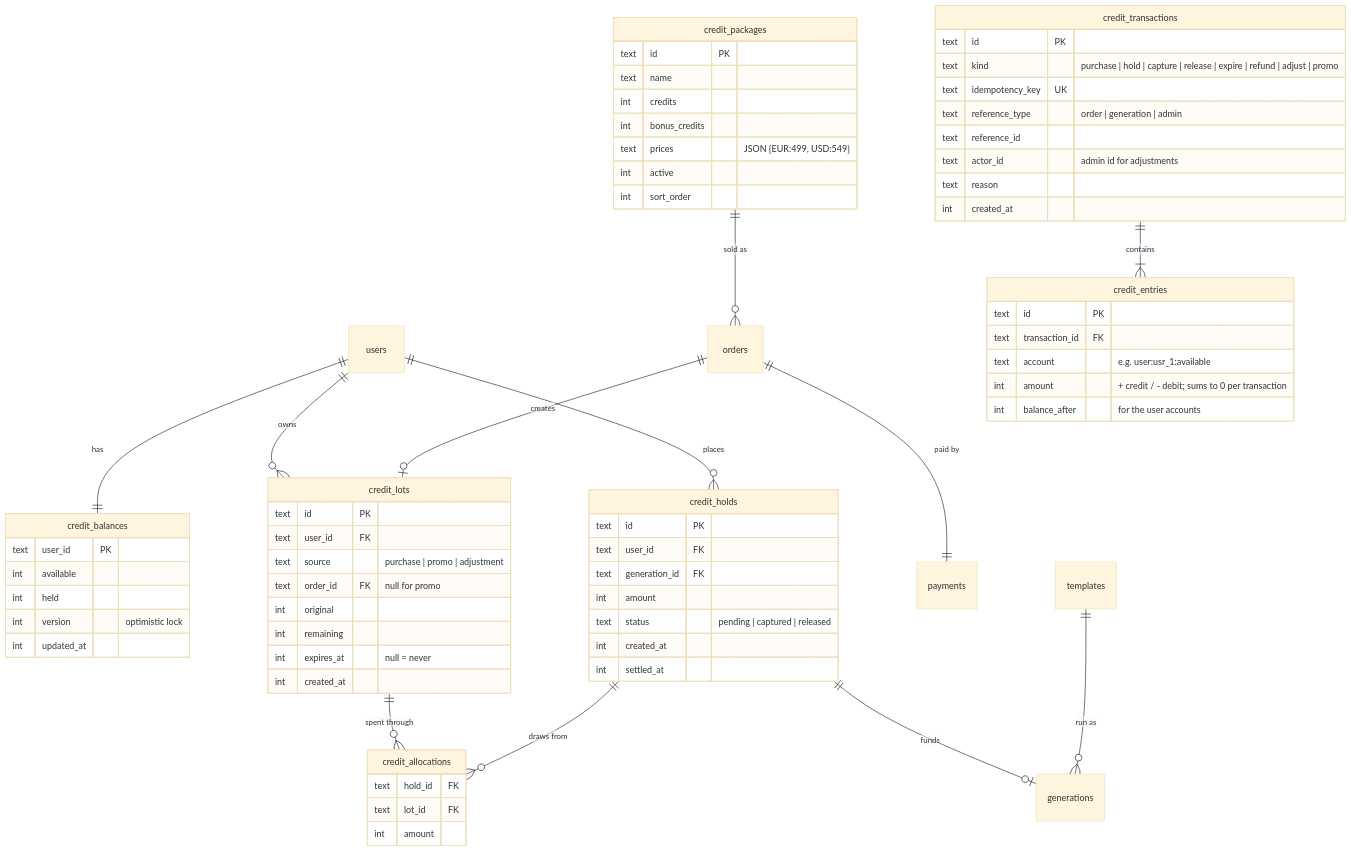
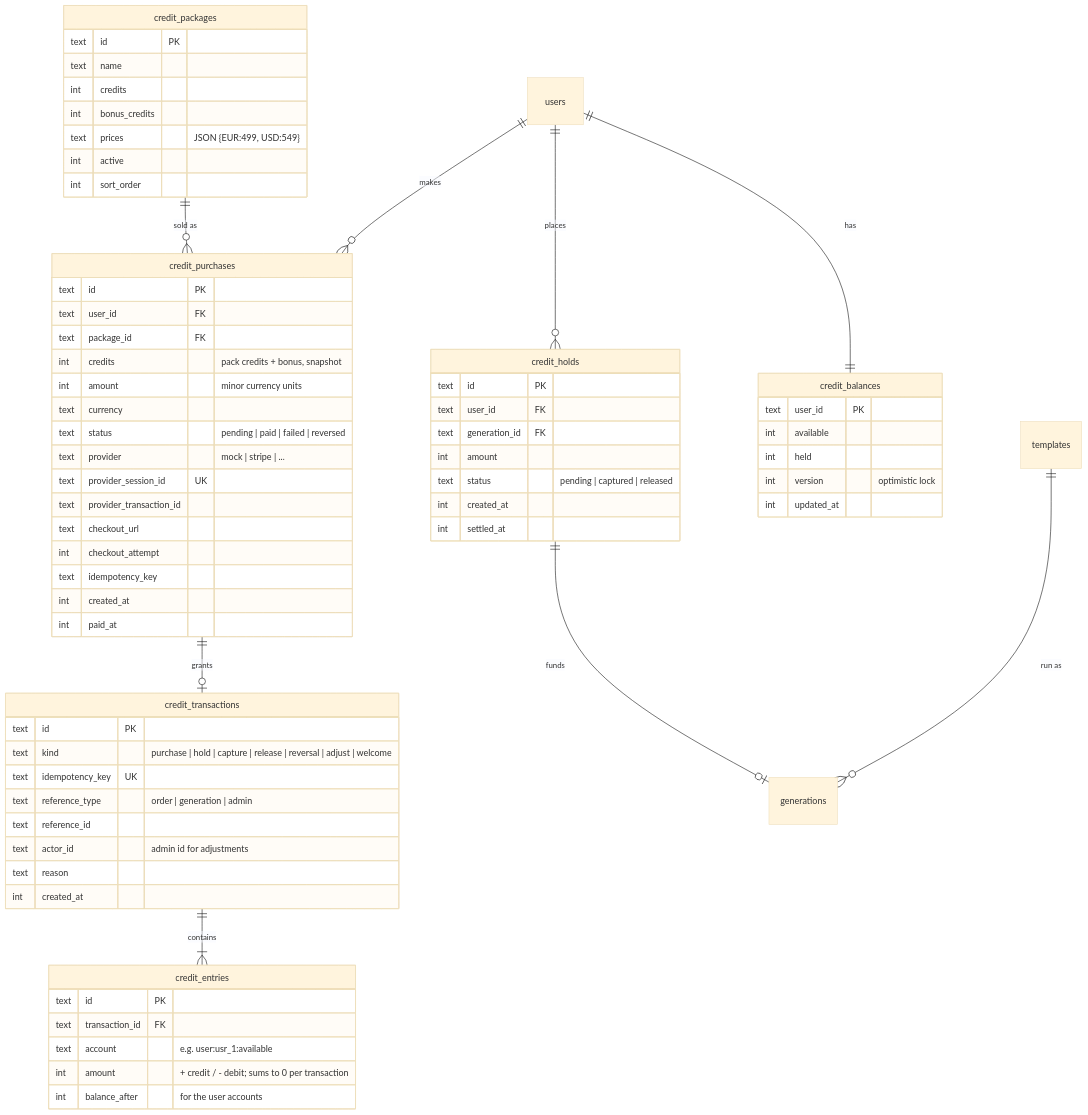
Before and after one commit to EgliMalaj09/ai-clone: the second of 7 diagrams in docs/CREDITS-ARCHITECTURE.md, drawn with Mermaid (base theme). The commit also changed other lines of this file, not shown here.

First line of the commit message:
Record owner decisions in the credits design

````diff
--- a/docs/CREDITS-ARCHITECTURE.md
+++ b/docs/CREDITS-ARCHITECTURE.md
@@ -121,72 +120,71 @@
 ```mermaid
 erDiagram
   users ||--|| credit_balances : has
-  users ||--o{ credit_lots : owns
   users ||--o{ credit_holds : places
-  credit_packages ||--o{ orders : "sold as"
-  orders ||--|| payments : "paid by"
-  orders ||--o| credit_lots : "creates"
+  users ||--o{ credit_purchases : makes
+  credit_packages ||--o{ credit_purchases : "sold as"
+  credit_purchases ||--o| credit_transactions : "grants"
   credit_transactions ||--|{ credit_entries : contains
-  credit_lots ||--o{ credit_allocations : "spent through"
-  credit_holds ||--o{ credit_allocations : "draws from"
   credit_holds ||--o| generations : "funds"
   templates ||--o{ generations : "run as"
 
   credit_packages {
     text id PK
     text name
     int credits
     int bonus_credits
     text prices "JSON {EUR:499, USD:549}"
     int active
     int sort_order
   }
   credit_balances {
     text user_id PK
     int available
     int held
     int version "optimistic lock"
     int updated_at
   }
-  credit_lots {
+  credit_purchases {
     text id PK
     text user_id FK
-    text source "purchase | promo | adjustment"
-    text order_id FK "null for promo"
-    int original
-    int remaining
-    int expires_at "null = never"
+    text package_id FK
+    int credits "pack credits + bonus, snapshot"
+    int amount "minor currency units"
+    text currency
+    text status "pending | paid | failed | reversed"
+    text provider "mock | stripe | ..."
+    text provider_session_id UK
+    text provider_transaction_id
+    text checkout_url
+    int checkout_attempt
+    text idempotency_key
     int created_at
+    int paid_at
   }
   credit_holds {
     text id PK
     text user_id FK
     text generation_id FK
     int amount
     text status "pending | captured | released"
     int created_at
     int settled_at
   }
-  credit_allocations {
-    text hold_id FK
-    text lot_id FK
-    int amount
-  }
   credit_transactions {
     text id PK
-    text kind "purchase | hold | capture | release | expire | refund | adjust | promo"
+    text kind "purchase | hold | capture | release | reversal | adjust | welcome"
     text idempotency_key UK
     text reference_type "order | generation | admin"
     text reference_id
     text actor_id "admin id for adjustments"
     text reason
     int created_at
   }
   credit_entries {
     text id PK
     text transaction_id FK
     text account "e.g. user:usr_1:available"
     int amount "+ credit / - debit; sums to 0 per transaction"
     int balance_after "for the user accounts"
   }
 ```
````
